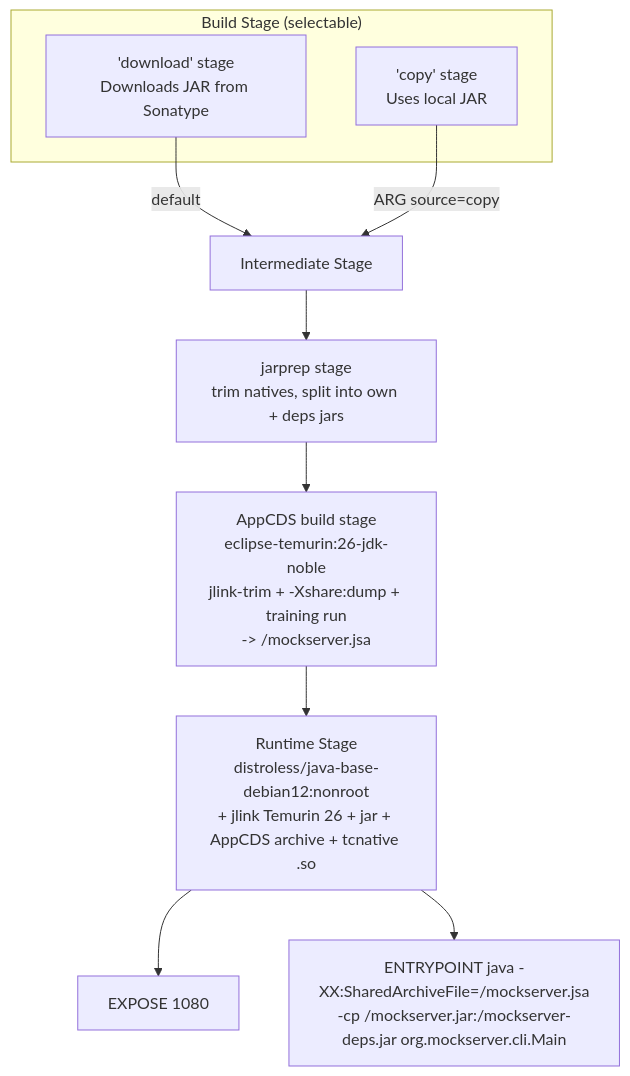
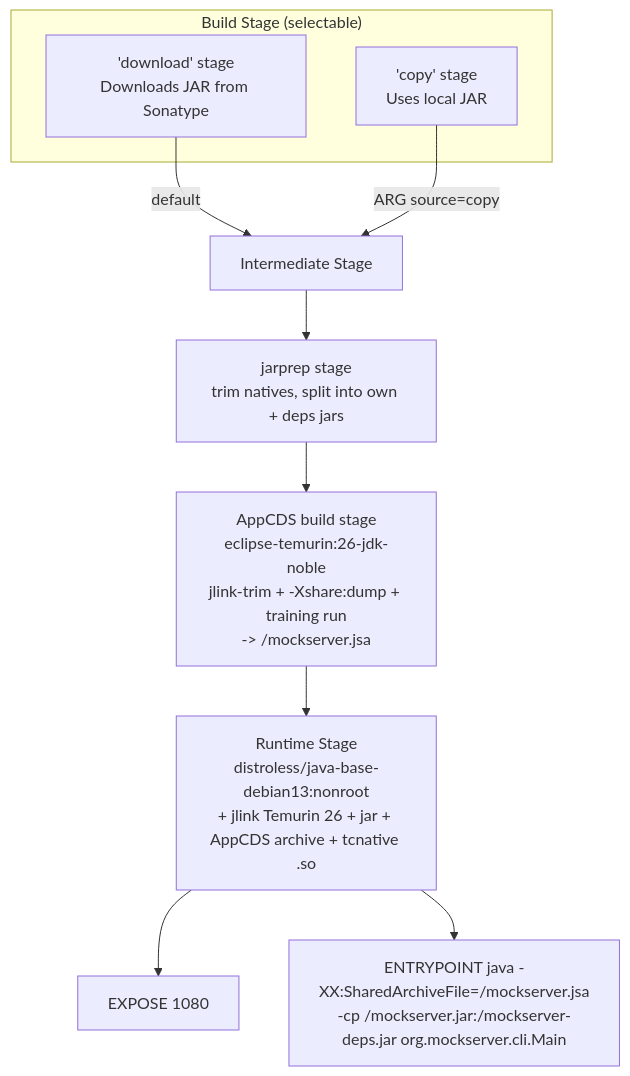
The third of 6 diagrams in docs/infrastructure/docker.md (mock-server/mockserver-monorepo), drawn with Mermaid before and after one commit. The commit also changed other lines of this file and 11 other files, not shown here.

First line of the commit message:
build(docker): move standard, AOT and reference images to distroless java-base-debian13

````diff
--- a/docs/infrastructure/docker.md
+++ b/docs/infrastructure/docker.md
@@ -256,26 +256,26 @@
 ```mermaid
 flowchart TD
     subgraph "Build Stage (selectable)"
         DL["'download' stage
 Downloads JAR from Sonatype"]
         CP["'copy' stage
 Uses local JAR"]
     end
 
     DL -->|default| INT[Intermediate Stage]
     CP -->|ARG source=copy| INT
 
     INT --> JP["jarprep stage
 trim natives, split into own + deps jars"]
     JP --> AC["AppCDS build stage
 eclipse-temurin:26-jdk-noble
 jlink-trim + -Xshare:dump + training run
 -> /mockserver.jsa"]
     AC --> RT["Runtime Stage
-distroless/java-base-debian12:nonroot
+distroless/java-base-debian13:nonroot
 + jlink Temurin 26 + jar + AppCDS archive + tcnative .so"]
 
     RT --> EXPOSE["EXPOSE 1080"]
     RT --> ENTRY["ENTRYPOINT java -XX:SharedArchiveFile=/mockserver.jsa
 -cp /mockserver.jar:/mockserver-deps.jar org.mockserver.cli.Main"]
 ```
````
